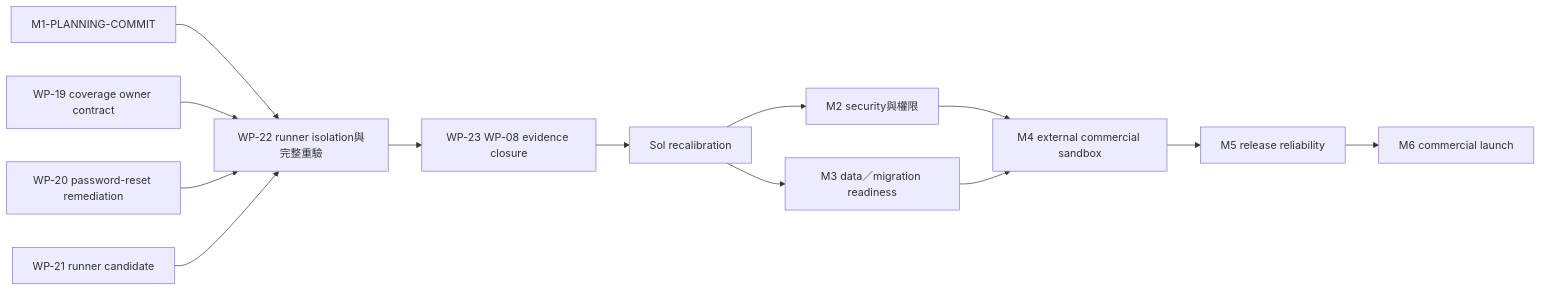
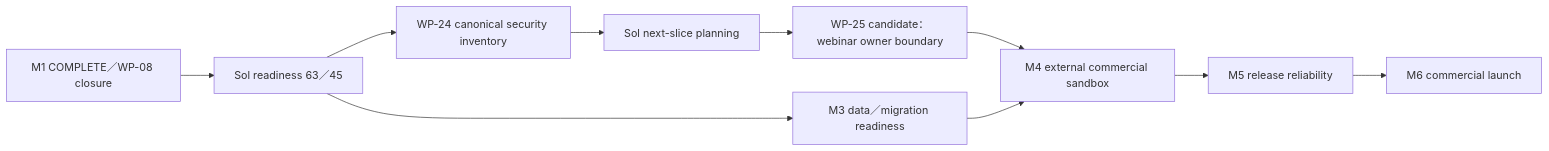
The diagram in docs/ai-team/master-execution-plan.md (Forty-s-AI-Company/CelebrateDeal), drawn with Mermaid before and after one commit. The commit also changed other lines of this file and 28 other files, not shown here.

````diff
--- a/docs/ai-team/master-execution-plan.md
+++ b/docs/ai-team/master-execution-plan.md
@@ -90,15 +100,12 @@
 ```mermaid
 flowchart LR
-  PLAN["M1-PLANNING-COMMIT"] --> WP22["WP-22 runner isolation與完整重驗"]
-  WP19["WP-19 coverage owner contract"] --> WP22
-  WP20["WP-20 password-reset remediation"] --> WP22
-  WP21["WP-21 runner candidate"] --> WP22
-  WP22 --> WP23["WP-23 WP-08 evidence closure"]
-  WP23 --> SOL1["Sol recalibration"]
-  SOL1 --> M2["M2 security與權限"]
+  M1["M1 COMPLETE／WP-08 closure"] --> SOL1["Sol readiness 63／45"]
+  SOL1 --> WP24["WP-24 canonical security inventory"]
+  WP24 --> SOL2["Sol next-slice planning"]
+  SOL2 --> WP25["WP-25 candidate：webinar owner boundary"]
   SOL1 --> M3["M3 data／migration readiness"]
-  M2 --> M4["M4 external commercial sandbox"]
+  WP25 --> M4["M4 external commercial sandbox"]
   M3 --> M4
   M4 --> M5["M5 release reliability"]
   M5 --> M6["M6 commercial launch"]
 ```
````
